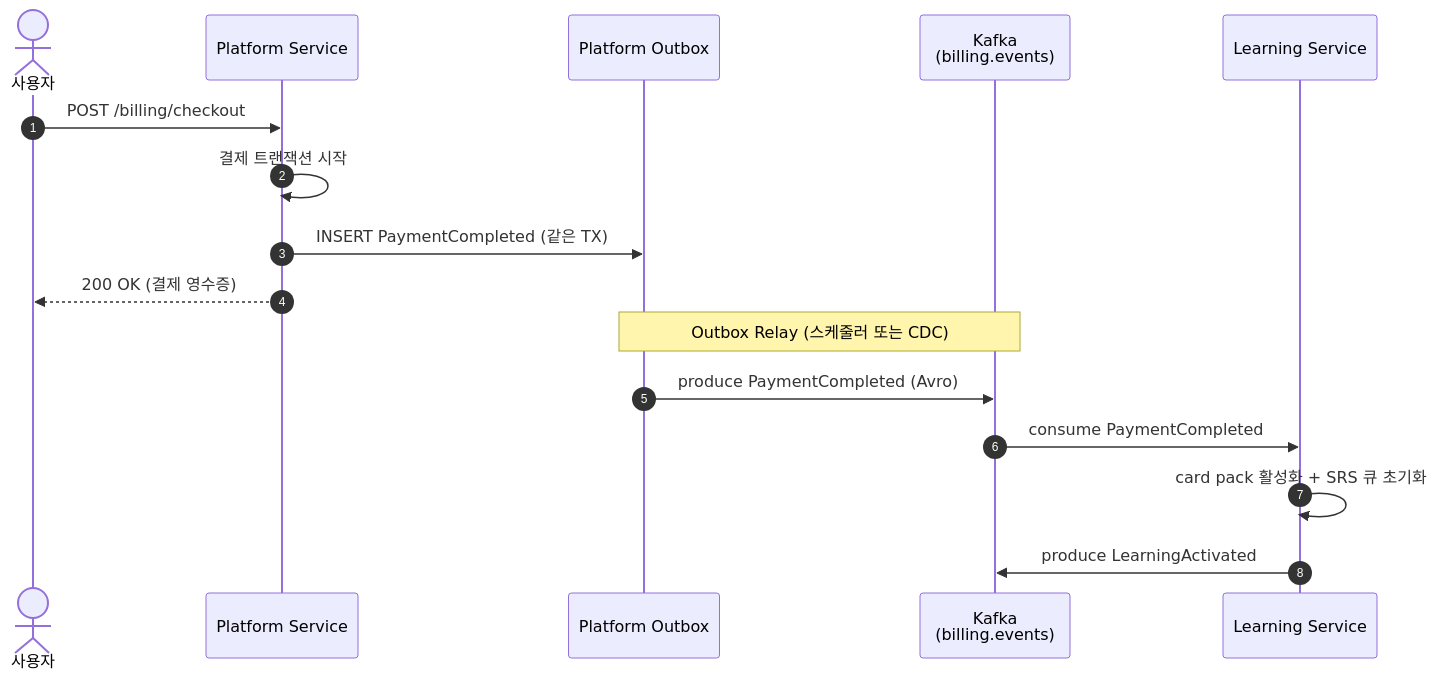
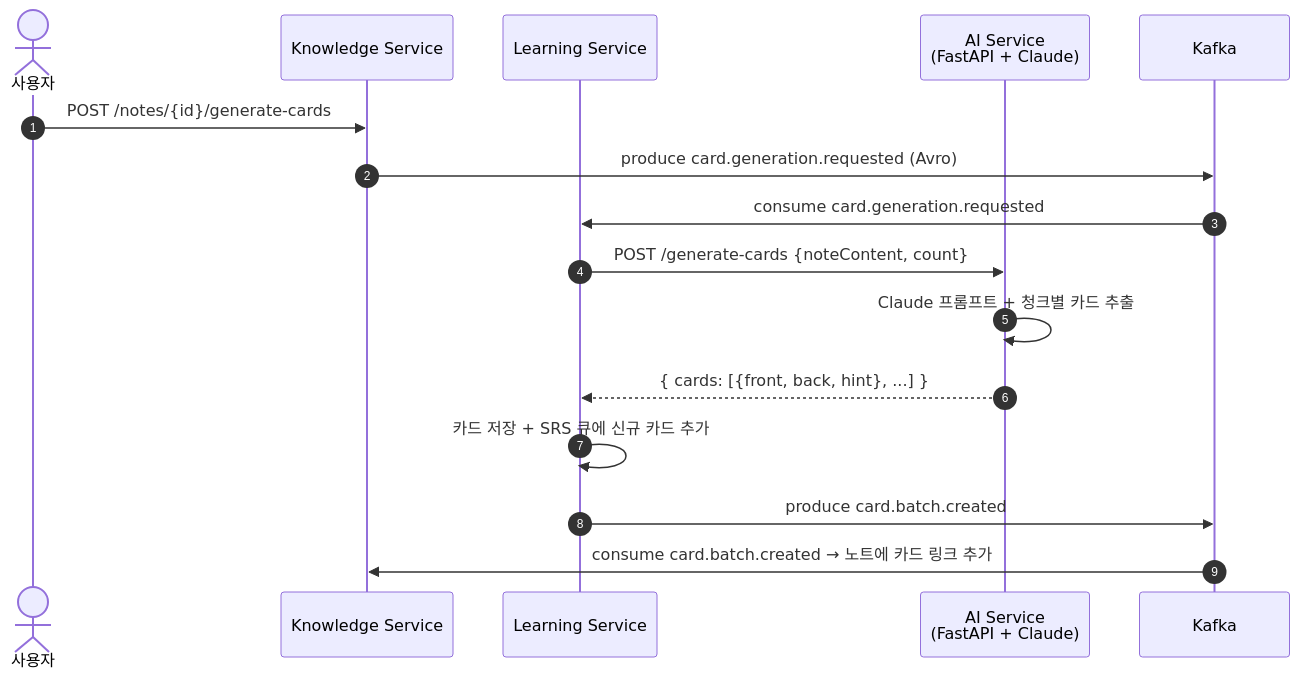
One commit to team-project-final/.github changed the third of 3 diagrams in profile/README.md. Above: the diagram before and after it, drawn with Mermaid. The commit also changed other lines of this file, not shown here.

````diff
--- a/profile/README.md
+++ b/profile/README.md
@@ -162,21 +204,19 @@
 ```mermaid
 sequenceDiagram
     autonumber
-    actor User as 사용자
-    participant P as Platform Service
-    participant POut as Platform Outbox
-    participant K as Kafka<br/>(billing.events)
-    participant L as Learning Service
+    actor U as 사용자
+    participant KS as Knowledge Service
+    participant LS as Learning Service
+    participant AI as AI Service<br/>(FastAPI + Claude)
+    participant K as Kafka
 
-    User->>P: POST /billing/checkout
-    P->>P: 결제 트랜잭션 시작
-    P->>POut: INSERT PaymentCompleted (같은 TX)
-    P-->>User: 200 OK (결제 영수증)
-
-    Note over POut,K: Outbox Relay (스케줄러 또는 CDC)
-    POut->>K: produce PaymentCompleted (Avro)
-
-    K->>L: consume PaymentCompleted
-    L->>L: card pack 활성화 + SRS 큐 초기화
-    L->>K: produce LearningActivated
+    U->>KS: POST /notes/{id}/generate-cards
+    KS->>K: produce card.generation.requested (Avro)
+    K->>LS: consume card.generation.requested
+    LS->>AI: POST /generate-cards {noteContent, count}
+    AI->>AI: Claude 프롬프트 + 청크별 카드 추출
+    AI-->>LS: { cards: [{front, back, hint}, ...] }
+    LS->>LS: 카드 저장 + SRS 큐에 신규 카드 추가
+    LS->>K: produce card.batch.created
+    K->>KS: consume card.batch.created → 노트에 카드 링크 추가
 ```
````
